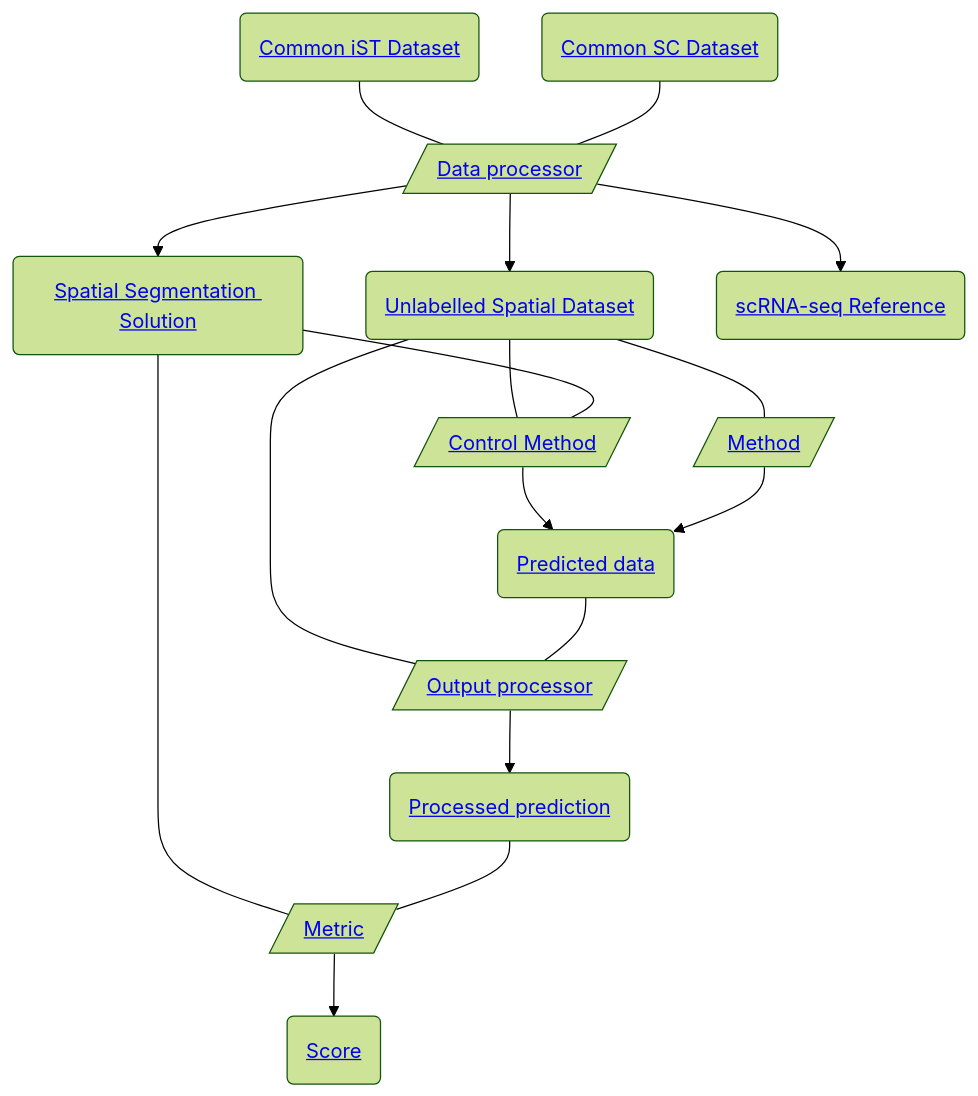
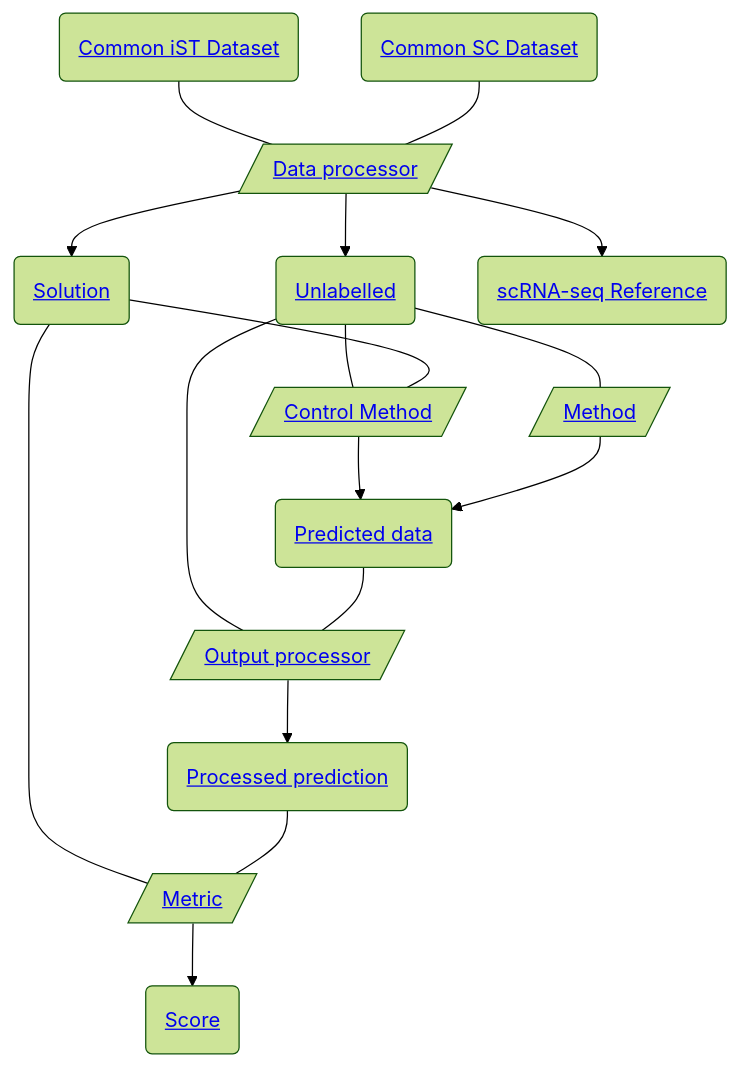
One commit to openproblems-bio/task_spatial_segmentation changed the diagram in README.md. Above: the diagram before and after it, drawn with Mermaid (forest theme). The commit also changed other lines of this file and 2 other files, not shown here.

````diff
--- a/README.md
+++ b/README.md
@@ -37,32 +37,32 @@
 ``` mermaid
 flowchart TB
   file_common_ist("<a href='https://github.com/openproblems-bio/task_spatial_segmentation#file-format-common-ist-dataset'>Common iST Dataset</a>")
   comp_data_processor[/"<a href='https://github.com/openproblems-bio/task_spatial_segmentation#component-type-data-processor'>Data processor</a>"/]
-  file_spatial_unlabelled("<a href='https://github.com/openproblems-bio/task_spatial_segmentation#file-format-unlabelled-spatial-dataset'>Unlabelled Spatial Dataset</a>")
-  file_spatial_solution("<a href='https://github.com/openproblems-bio/task_spatial_segmentation#file-format-spatial-segmentation-solution'>Spatial Segmentation Solution</a>")
+  file_spatial_unlabelled("<a href='https://github.com/openproblems-bio/task_spatial_segmentation#file-format-unlabelled'>Unlabelled</a>")
+  file_spatial_solution("<a href='https://github.com/openproblems-bio/task_spatial_segmentation#file-format-solution'>Solution</a>")
   file_scrnaseq_reference("<a href='https://github.com/openproblems-bio/task_spatial_segmentation#file-format-scrna-seq-reference'>scRNA-seq Reference</a>")
   comp_control_method[/"<a href='https://github.com/openproblems-bio/task_spatial_segmentation#component-type-control-method'>Control Method</a>"/]
   comp_method[/"<a href='https://github.com/openproblems-bio/task_spatial_segmentation#component-type-method'>Method</a>"/]
   comp_output_processor[/"<a href='https://github.com/openproblems-bio/task_spatial_segmentation#component-type-output-processor'>Output processor</a>"/]
   comp_metric[/"<a href='https://github.com/openproblems-bio/task_spatial_segmentation#component-type-metric'>Metric</a>"/]
   file_prediction("<a href='https://github.com/openproblems-bio/task_spatial_segmentation#file-format-predicted-data'>Predicted data</a>")
   file_processed_prediction("<a href='https://github.com/openproblems-bio/task_spatial_segmentation#file-format-processed-prediction'>Processed prediction</a>")
   file_score("<a href='https://github.com/openproblems-bio/task_spatial_segmentation#file-format-score'>Score</a>")
   file_common_scrnaseq("<a href='https://github.com/openproblems-bio/task_spatial_segmentation#file-format-common-sc-dataset'>Common SC Dataset</a>")
   file_common_ist---comp_data_processor
   comp_data_processor-->file_spatial_unlabelled
   comp_data_processor-->file_spatial_solution
   comp_data_processor-->file_scrnaseq_reference
   file_spatial_unlabelled---comp_control_method
   file_spatial_unlabelled---comp_method
   file_spatial_unlabelled---comp_output_processor
   file_spatial_solution---comp_control_method
   file_spatial_solution---comp_metric
   comp_control_method-->file_prediction
   comp_method-->file_prediction
   comp_output_processor-->file_processed_prediction
   comp_metric-->file_score
   file_prediction---comp_output_processor
   file_processed_prediction---comp_metric
   file_common_scrnaseq---comp_data_processor
 ```
````
